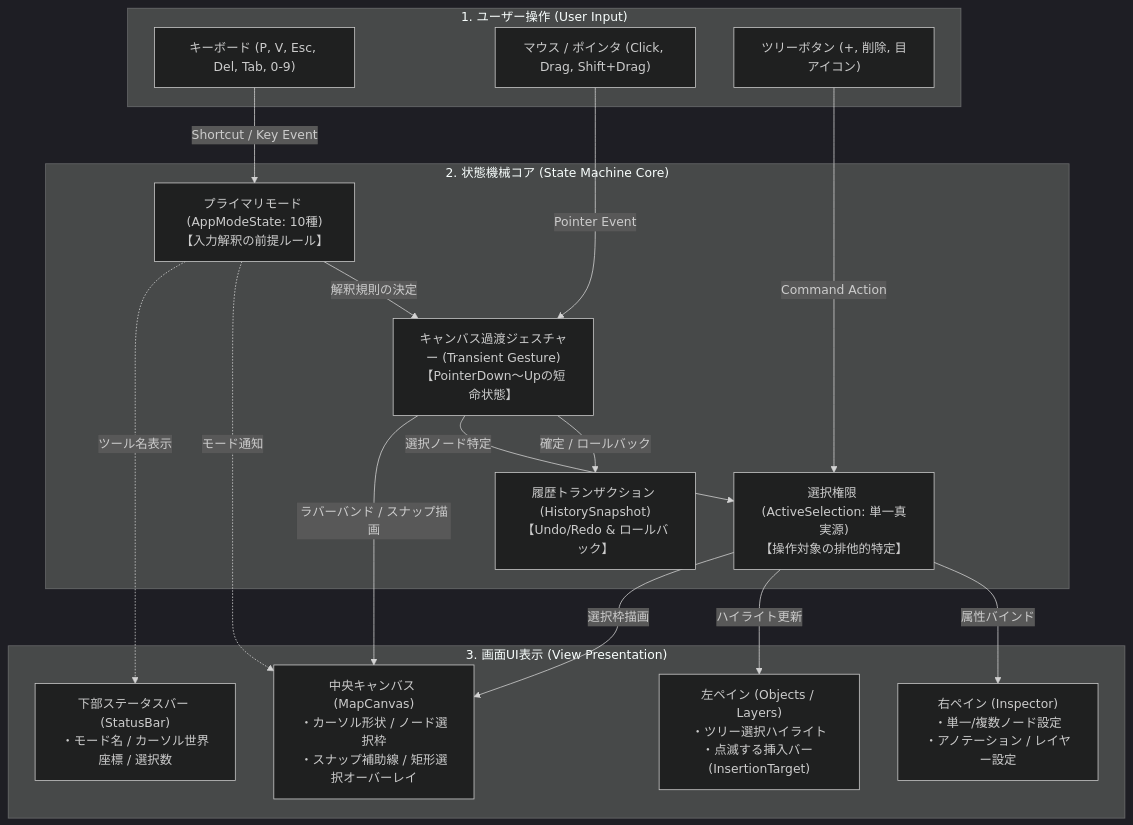
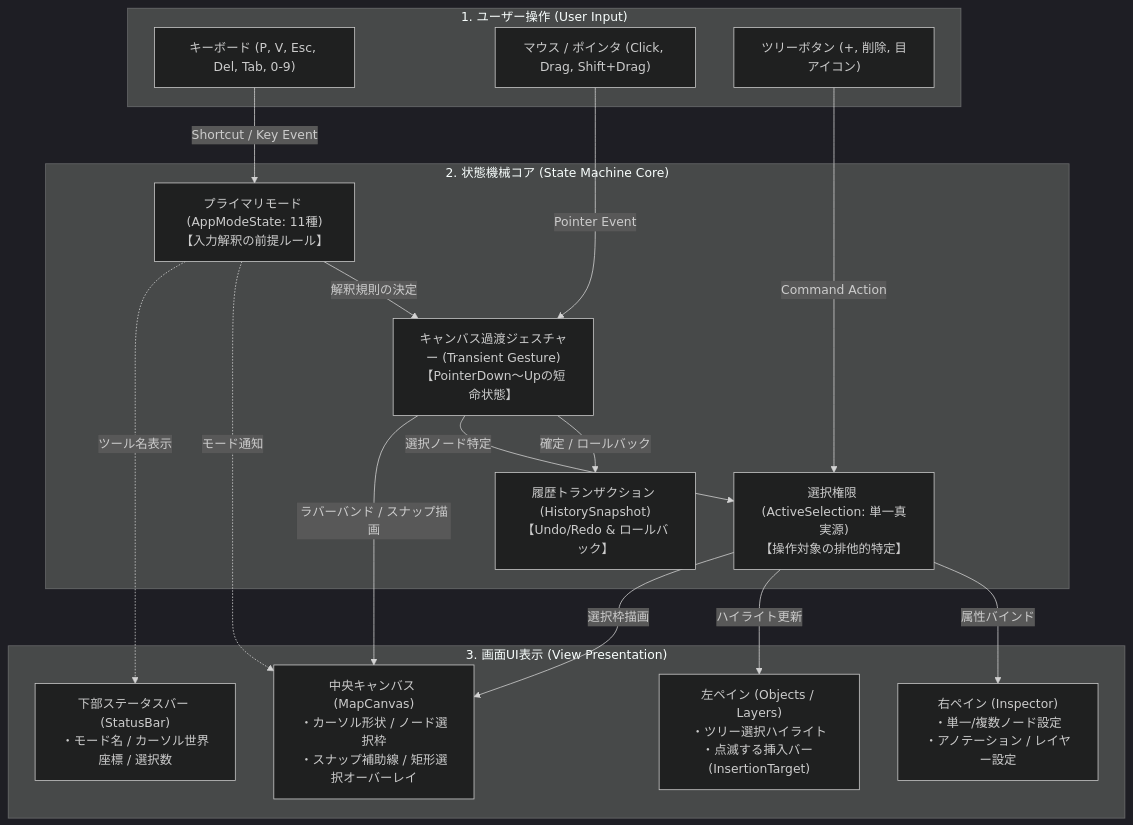
The first of 9 diagrams in docs/STATE_MACHINE.md (Chu-son/waypoint-tool), drawn with Mermaid (dark theme) before and after one commit. The commit also changed other lines of this file and 4 other files, not shown here.

````diff
--- a/docs/STATE_MACHINE.md
+++ b/docs/STATE_MACHINE.md
@@ -28,37 +28,37 @@
 ```mermaid
 graph TD
     subgraph UserInput ["1. ユーザー操作 (User Input)"]
         UI_Key["キーボード (P, V, Esc, Del, Tab, 0-9)"]
         UI_Mouse["マウス / ポインタ (Click, Drag, Shift+Drag)"]
         UI_TreeBtn["ツリーボタン (+, 削除, 目アイコン)"]
     end
 
     subgraph StateCore ["2. 状態機械コア (State Machine Core)"]
-        Axis_Mode["プライマリモード (AppModeState: 10種)<br>【入力解釈の前提ルール】"]
+        Axis_Mode["プライマリモード (AppModeState: 11種)<br>【入力解釈の前提ルール】"]
         Axis_Sel["選択権限 (ActiveSelection: 単一真実源)<br>【操作対象の排他的特定】"]
         Axis_Gest["キャンバス過渡ジェスチャー (Transient Gesture)<br>【PointerDown〜Upの短命状態】"]
         Axis_Hist["履歴トランザクション (HistorySnapshot)<br>【Undo/Redo & ロールバック】"]
     end
 
     subgraph ViewPresentation ["3. 画面UI表示 (View Presentation)"]
         V_Canvas["中央キャンバス (MapCanvas)<br>・カーソル形状 / ノード選択枠<br>・スナップ補助線 / 矩形選択オーバーレイ"]
         V_Left["左ペイン (Objects / Layers)<br>・ツリー選択ハイライト<br>・点滅する挿入バー (InsertionTarget)"]
         V_Right["右ペイン (Inspector)<br>・単一/複数ノード設定<br>・アノテーション / レイヤー設定"]
         V_Status["下部ステータスバー (StatusBar)<br>・モード名 / カーソル世界座標 / 選択数"]
     end
 
     UI_Key -->|Shortcut / Key Event| Axis_Mode
     UI_Mouse -->|Pointer Event| Axis_Gest
     UI_TreeBtn -->|Command Action| Axis_Sel
 
     Axis_Mode -->|解釈規則の決定| Axis_Gest
     Axis_Gest -->|確定 / ロールバック| Axis_Hist
     Axis_Gest -->|選択ノード特定| Axis_Sel
 
     Axis_Mode -. モード通知 .-> V_Canvas
     Axis_Mode -. ツール名表示 .-> V_Status
     Axis_Sel -->|属性バインド| V_Right
     Axis_Sel -->|ハイライト更新| V_Left
     Axis_Sel -->|選択枠描画| V_Canvas
     Axis_Gest -->|ラバーバンド / スナップ描画| V_Canvas
 ```
````
